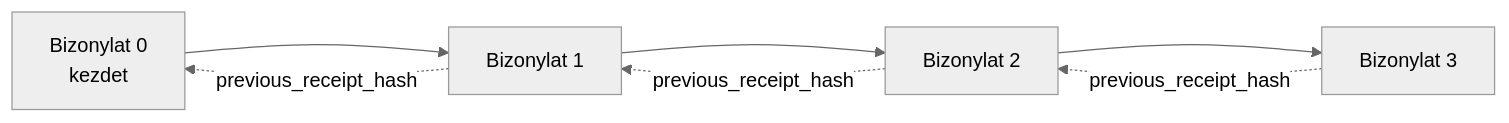
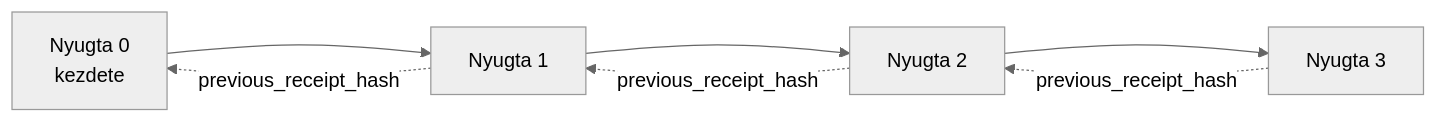
One commit to gabrielmoreira/agent-skills-mirror changed the second of 2 diagrams in mirrors/repos/microsoft@ai-agents-for-beginners/translations/hu/18-securing-ai-agents/README.md. Above: the diagram before and after it, drawn with Mermaid (neutral theme). The commit also changed other lines of this file and 4262 other files, not shown here.

````diff
--- a/mirrors/repos/microsoft@ai-agents-for-beginners/translations/hu/18-securing-ai-agents/README.md
+++ b/mirrors/repos/microsoft@ai-agents-for-beginners/translations/hu/18-securing-ai-agents/README.md
@@ -206,9 +203,9 @@
 ```mermaid
 flowchart LR
-    R0[Bizonylat 0<br/>kezdet] --> R1[Bizonylat 1]
-    R1 --> R2[Bizonylat 2]
-    R2 --> R3[Bizonylat 3]
+    R0[Nyugta 0<br/>kezdete] --> R1[Nyugta 1]
+    R1 --> R2[Nyugta 2]
+    R2 --> R3[Nyugta 3]
     R1 -. previous_receipt_hash .-> R0
     R2 -. previous_receipt_hash .-> R1
     R3 -. previous_receipt_hash .-> R2
 ```
````
